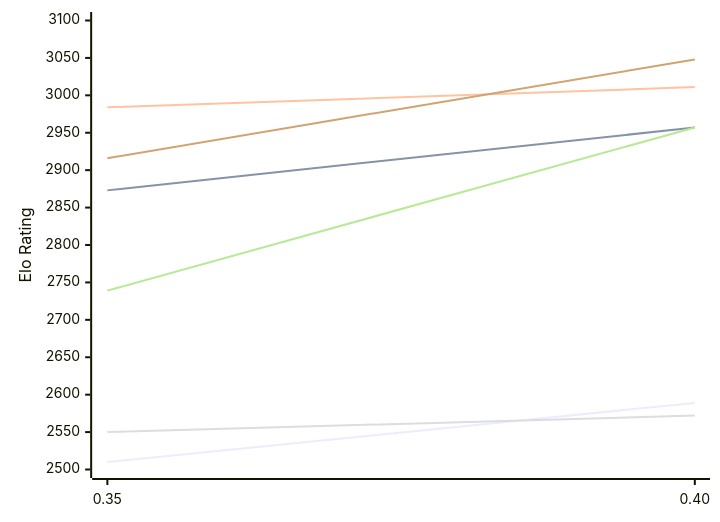
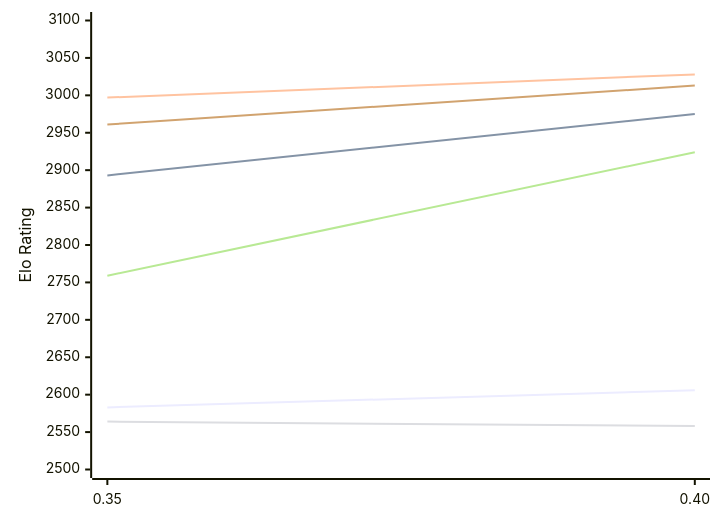
Before and after one commit to computer-chess-index/cci: the first of 2 diagrams in engines/Gecko.md, drawn with Mermaid. The commit also changed other lines of this file, not shown here.

Commit message:
Update CCI Ratings (ELO VLTC) - 2026-11-14

````diff
--- a/engines/Gecko.md
+++ b/engines/Gecko.md
@@ -54,12 +54,12 @@
 ```mermaid
 %%{init: {"theme":"base","themeVariables":{"seriesColors:['#a3a3a3','#222221','#faa371']}}}%%
 xychart-beta
   x-axis ["0.35", "0.40"]
   y-axis "Elo Rating" 2500 --> 3100
-  line "E1: STC (8.0+0.08s)" [2510, 2589]
-  line "E1: LTC (60.0+0.60s)" [2873, 2957]
-  line "E1: VLTC (2m24s+1.12s)" [2984, 3011]
-  line "P1: STC (8.0+0.08s)" [2550, 2572]
-  line "P1: LTC (60.0+0.60s)" [2739, 2957]
-  line "P1: VLTC (2m24s+1.12s)" [2916, 3048]
+  line "E1: STC (8.0+0.08s)" [2583, 2606]
+  line "E1: LTC (60.0+0.60s)" [2893, 2975]
+  line "E1: VLTC (2m24s+1.12s)" [2997, 3028]
+  line "P1: STC (8.0+0.08s)" [2564, 2558]
+  line "P1: LTC (60.0+0.60s)" [2759, 2924]
+  line "P1: VLTC (2m24s+1.12s)" [2961, 3013]
 ```
````
